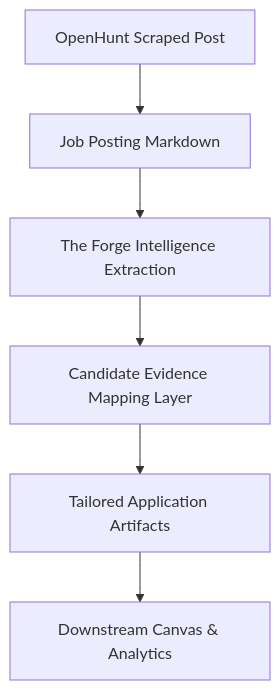
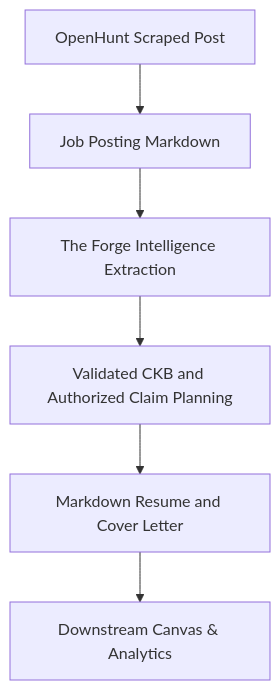
One commit to admbahm/theForge changed the fourth of 4 diagrams in ARCHITECTURE.md. Above: the diagram before and after it, drawn with Mermaid. The commit also changed other lines of this file and 8 other files, not shown here.

````diff
--- a/ARCHITECTURE.md
+++ b/ARCHITECTURE.md
@@ -128,8 +139,8 @@
 ```mermaid
 graph TD
     A[OpenHunt Scraped Post] --> B[Job Posting Markdown]
     B --> C[The Forge Intelligence Extraction]
-    C --> D[Candidate Evidence Mapping Layer]
-    D --> E[Tailored Application Artifacts]
+    C --> D[Validated CKB and Authorized Claim Planning]
+    D --> E[Markdown Resume and Cover Letter]
     E --> F[Downstream Canvas & Analytics]
 ```
````
